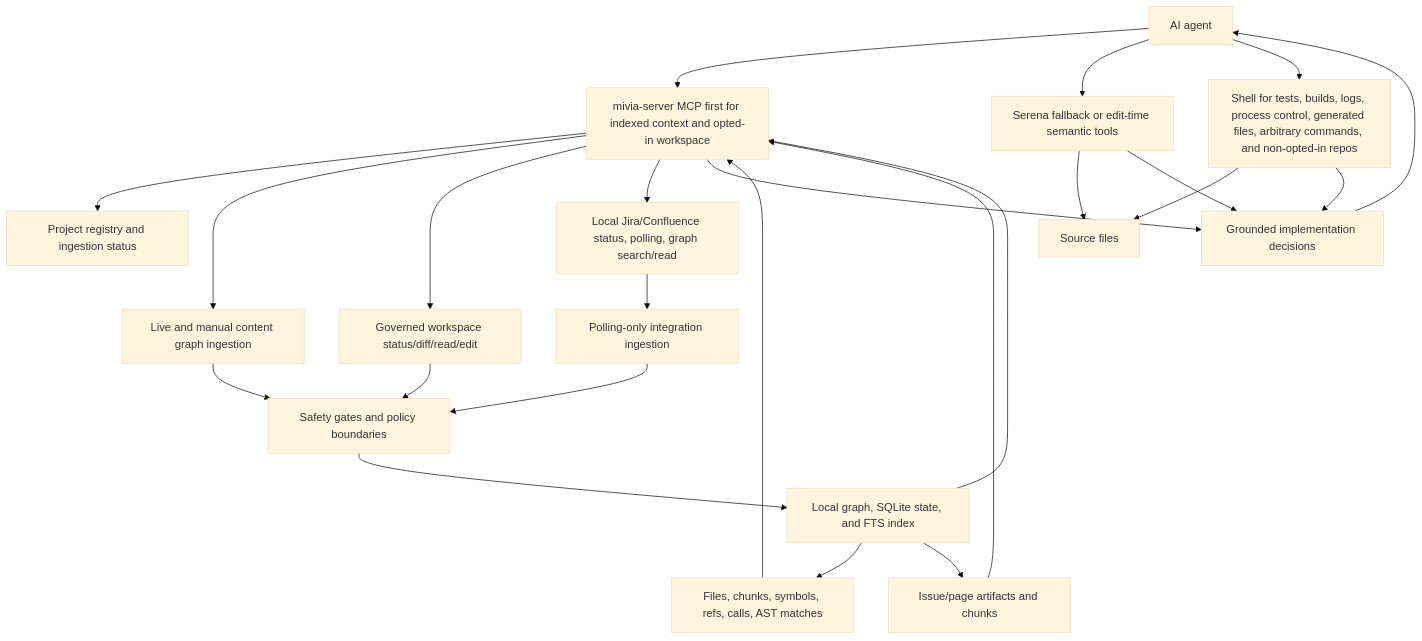
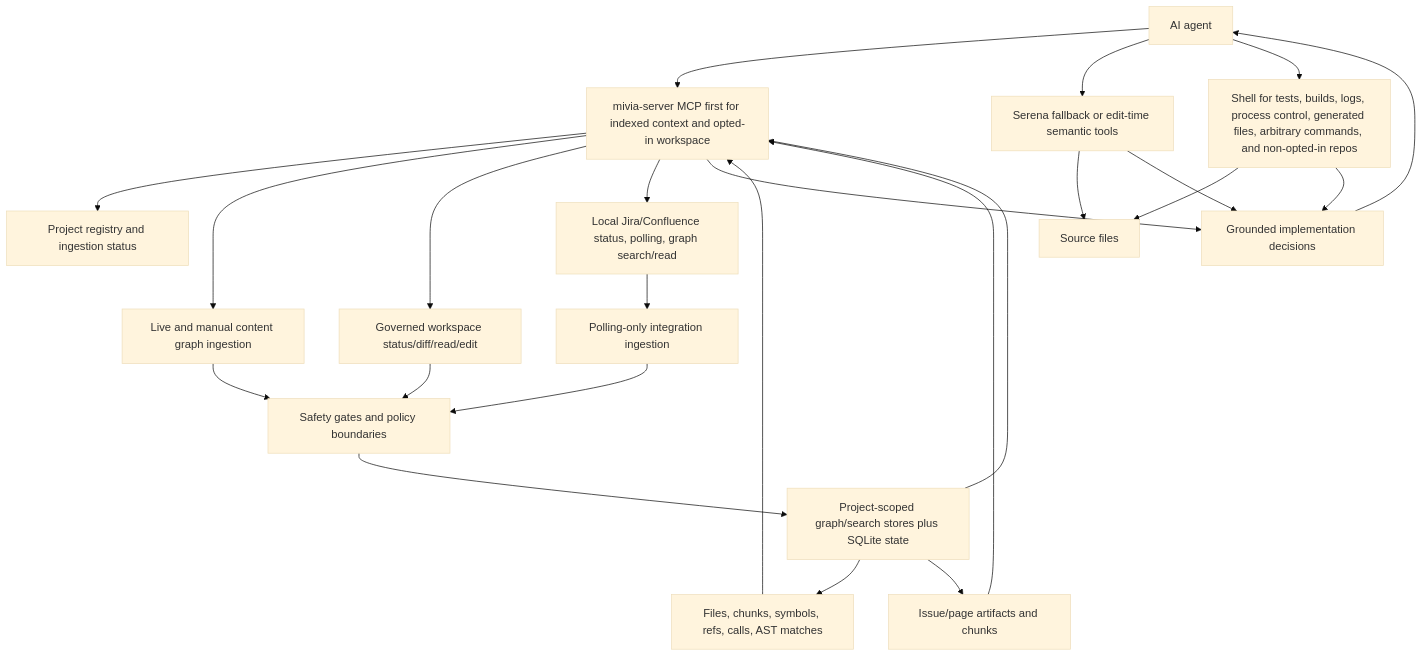
The third of 4 diagrams in README.md (MiviaLabs/go-mivia), drawn with Mermaid (base theme) before and after one commit. The commit also changed other lines of this file and 15 other files, not shown here.

````diff
--- a/README.md
+++ b/README.md
@@ -201,42 +206,42 @@
 ```mermaid
 flowchart TB
   Agent["AI agent"]
   MCP["mivia-server MCP first for indexed context and opted-in workspace"]
   Serena["Serena fallback or edit-time semantic tools"]
   Shell["Shell for tests, builds, logs, process control, generated files, arbitrary commands, and non-opted-in repos"]
   Source["Source files"]
   Workspace["Governed workspace status/diff/read/edit"]
   Integrations["Local Jira/Confluence status, polling, graph search/read"]
   Indexed["Files, chunks, symbols, refs, calls, AST matches"]
   IntegrationContext["Issue/page artifacts and chunks"]
   Registry["Project registry and ingestion status"]
   Ingestion["Live and manual content graph ingestion"]
   Polling["Polling-only integration ingestion"]
-  Store["Local graph, SQLite state, and FTS index"]
+  Store["Project-scoped graph/search stores plus SQLite state"]
   Guardrails["Safety gates and policy boundaries"]
 
   Agent --> MCP
   MCP --> Registry
   MCP --> Ingestion
   MCP --> Workspace
   MCP --> Integrations
   Ingestion --> Guardrails
   Integrations --> Polling
   Polling --> Guardrails
   Workspace --> Guardrails
   Guardrails --> Store
   Store --> Indexed
   Store --> IntegrationContext
   Indexed --> MCP
   IntegrationContext --> MCP
   Store --> MCP
   Agent --> Serena
   Serena --> Source
   Agent --> Shell
   Shell --> Source
 
   MCP --> Decision["Grounded implementation decisions"]
   Serena --> Decision
   Shell --> Decision
   Decision --> Agent
 ```
````
